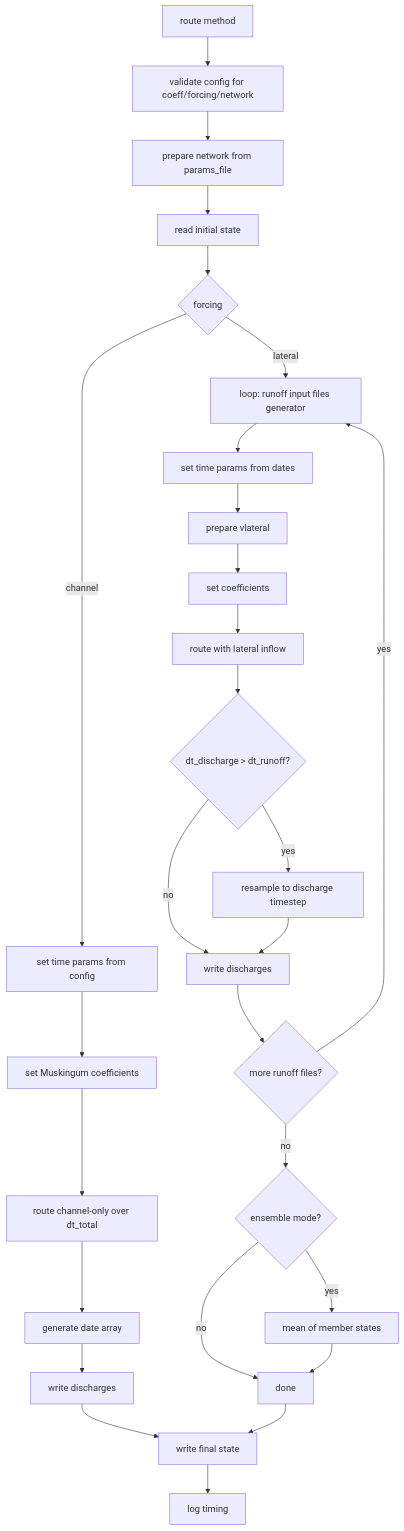
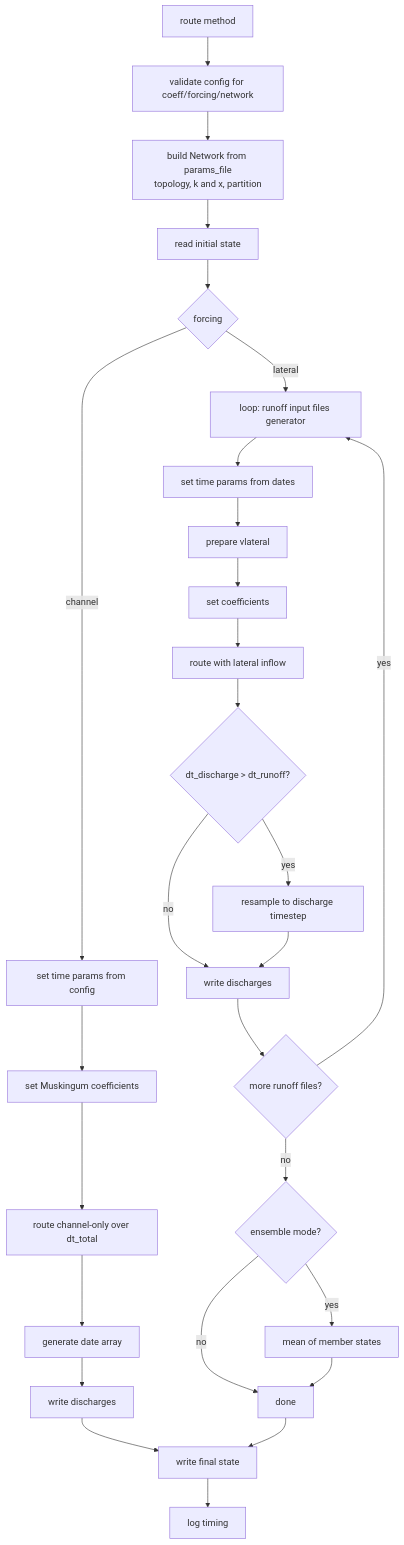
The diagram in docs/tutorial/advanced.md (rileyhales/river-route), drawn with Mermaid before and after one commit. The commit also changed other lines of this file and 51 other files, not shown here.

````diff
--- a/docs/tutorial/advanced.md
+++ b/docs/tutorial/advanced.md
@@ -3,33 +3,33 @@
 ```mermaid
 graph TD
     A[route method] --> B[validate config for coeff/forcing/network]
-    B --> C[prepare network from params_file]
+    B --> C[build Network from params_file<br/>topology, k and x, partition]
     C --> D[read initial state]
     D --> E{forcing}
 
     E -->|channel| F[set time params from config]
     F --> G[set Muskingum coefficients]
     G --> H[route channel-only over dt_total]
     H --> I[generate date array]
     I --> J[write discharges]
 
     E -->|lateral| K[loop: runoff input files generator]
     K --> L[set time params from dates]
     L --> M[prepare vlateral]
     M --> N[set coefficients]
     N --> O[route with lateral inflow]
     O --> P{dt_discharge > dt_runoff?}
     P -->|yes| Q[resample to discharge timestep]
     P -->|no| R[write discharges]
     Q --> R
     R --> S{more runoff files?}
     S -->|yes| K
     S -->|no| T{ensemble mode?}
     T -->|yes| U[mean of member states]
     T -->|no| V[done]
     U --> V
 
     J --> W[write final state]
     V --> W
     W --> X[log timing]
 ```
````
